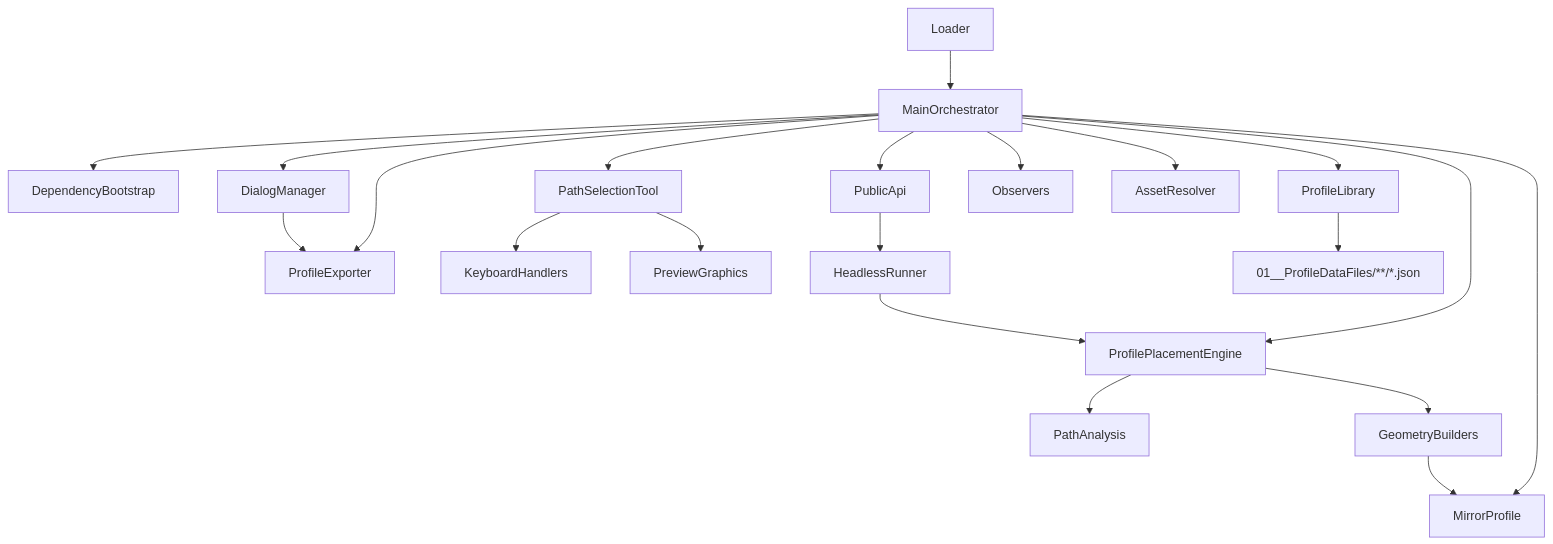
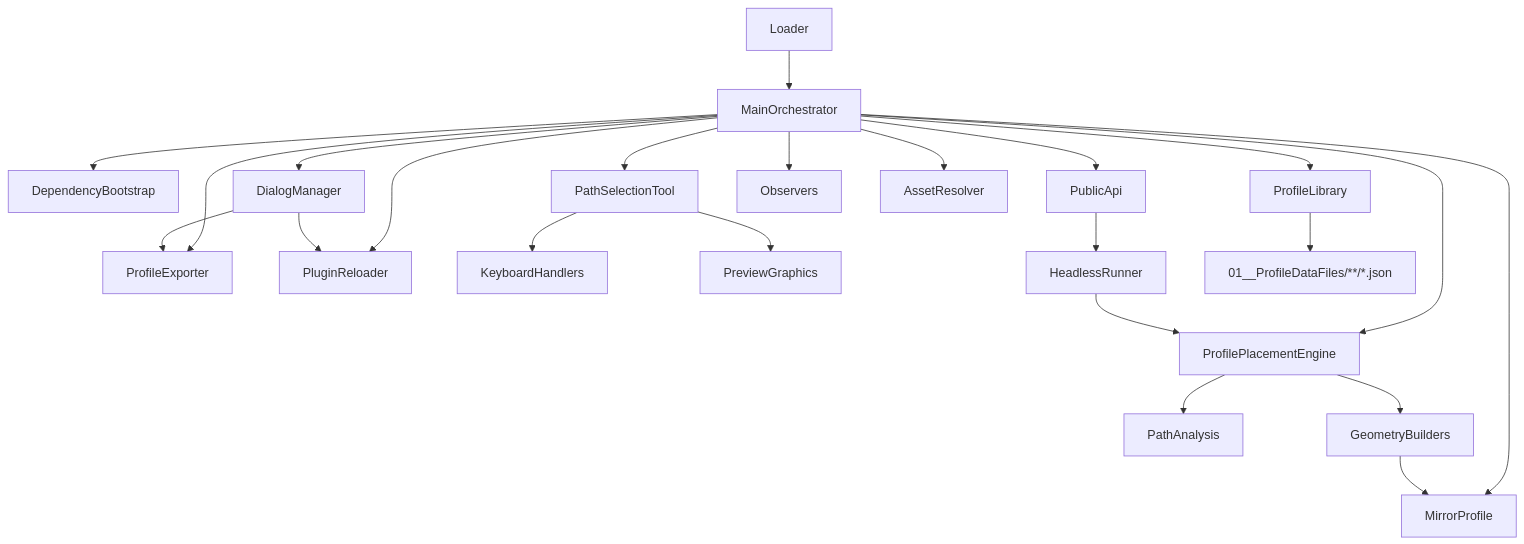
Before and after one commit to Adam-Noble-01/Plugins: the first of 2 diagrams in Na__ProfileTools__ProfilePathTracer__Modules__/Na__ProfileTools__ProfilePathTracer__Architecture__.md, drawn with Mermaid. The commit also changed other lines of this file and 11 other files, not shown here.

````diff
--- a/Na__ProfileTools__ProfilePathTracer__Modules__/Na__ProfileTools__ProfilePathTracer__Architecture__.md
+++ b/Na__ProfileTools__ProfilePathTracer__Modules__/Na__ProfileTools__ProfilePathTracer__Architecture__.md
@@ -47,23 +48,25 @@
 ```mermaid
 flowchart TD
 loader[Loader] --> main[MainOrchestrator]
 main --> dep[DependencyBootstrap]
 main --> dialog[DialogManager]
 main --> api[PublicApi]
 main --> lib[ProfileLibrary]
 main --> exporter[ProfileExporter]
 main --> mirror[MirrorProfile]
+main --> reloader[PluginReloader]
 main --> pathTool[PathSelectionTool]
 pathTool --> keyboard[KeyboardHandlers]
 pathTool --> preview[PreviewGraphics]
 main --> engine[ProfilePlacementEngine]
 engine --> pathAnalysis[PathAnalysis]
 engine --> geometry[GeometryBuilders]
 geometry --> mirror
 api --> headless[HeadlessRunner]
 headless --> engine
 main --> observers[Observers]
 main --> assets[AssetResolver]
 lib --> dataFiles["01__ProfileDataFiles/**/*.json"]
 dialog --> exporter
+dialog --> reloader
 ```
````
